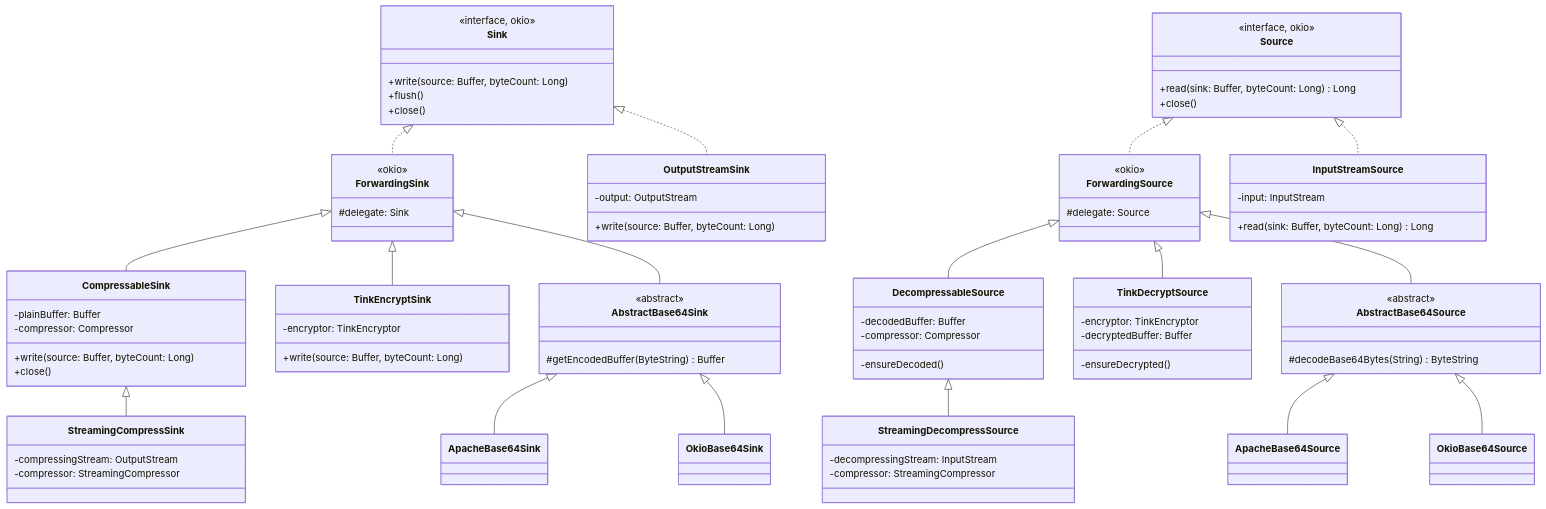
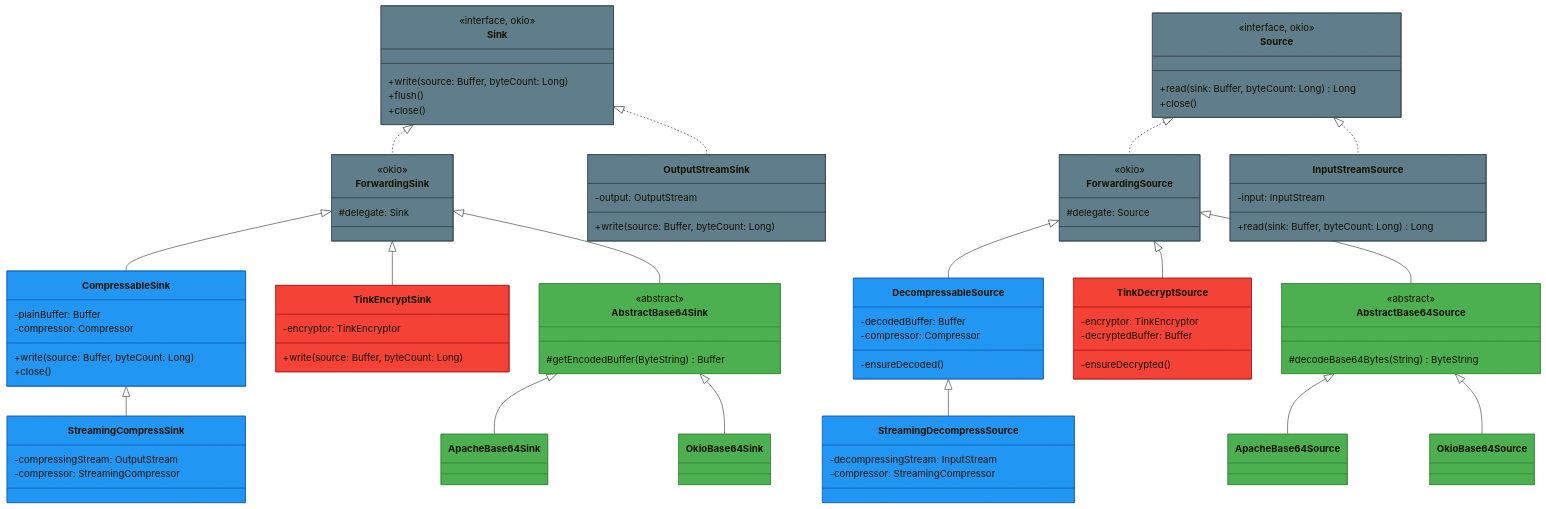
The first of 9 diagrams in io/okio/README.md (bluetape4k/bluetape4k-projects), drawn with Mermaid before and after one commit. The commit also changed other lines of this file and 74 other files, not shown here.

First line of the commit message:
docs: bluetape4k/core/coroutines/logging, io/feign~vertx README 색상 Mermaid UML 추가

````diff
--- a/io/okio/README.md
+++ b/io/okio/README.md
@@ -251,86 +251,86 @@
 ```mermaid
 classDiagram
-    class Sink {
+    class Sink:::ioStyle {
         <<interface, okio>>
         +write(source: Buffer, byteCount: Long)
         +flush()
         +close()
     }
 
-    class Source {
+    class Source:::ioStyle {
         <<interface, okio>>
         +read(sink: Buffer, byteCount: Long) Long
         +close()
     }
 
-    class ForwardingSink {
+    class ForwardingSink:::ioStyle {
         <<okio>>
         #delegate: Sink
     }
 
-    class ForwardingSource {
+    class ForwardingSource:::ioStyle {
         <<okio>>
         #delegate: Source
     }
 
-    class InputStreamSource {
+    class InputStreamSource:::ioStyle {
         -input: InputStream
         +read(sink: Buffer, byteCount: Long) Long
     }
 
-    class OutputStreamSink {
+    class OutputStreamSink:::ioStyle {
         -output: OutputStream
         +write(source: Buffer, byteCount: Long)
     }
 
-    class CompressableSink {
+    class CompressableSink:::codecStyle {
         -plainBuffer: Buffer
         -compressor: Compressor
         +write(source: Buffer, byteCount: Long)
         +close()
     }
 
-    class StreamingCompressSink {
+    class StreamingCompressSink:::codecStyle {
         -compressingStream: OutputStream
         -compressor: StreamingCompressor
     }
 
-    class DecompressableSource {
+    class DecompressableSource:::codecStyle {
         -decodedBuffer: Buffer
         -compressor: Compressor
         -ensureDecoded()
     }
 
-    class StreamingDecompressSource {
+    class StreamingDecompressSource:::codecStyle {
         -decompressingStream: InputStream
         -compressor: StreamingCompressor
     }
 
-    class TinkEncryptSink {
+    class TinkEncryptSink:::encryptStyle {
         -encryptor: TinkEncryptor
         +write(source: Buffer, byteCount: Long)
     }
 
-    class TinkDecryptSource {
+    class TinkDecryptSource:::encryptStyle {
         -encryptor: TinkEncryptor
         -decryptedBuffer: Buffer
         -ensureDecrypted()
     }
 
-    class AbstractBase64Sink {
+    class AbstractBase64Sink:::extensionStyle {
         <<abstract>>
         #getEncodedBuffer(ByteString) Buffer
     }
 
-    class AbstractBase64Source {
+    class AbstractBase64Source:::extensionStyle {
         <<abstract>>
         #decodeBase64Bytes(String) ByteString
     }
 
-    class ApacheBase64Sink
-    class OkioBase64Sink
-    class ApacheBase64Source
-    class OkioBase64Source
+    class ApacheBase64Sink:::extensionStyle
+    class OkioBase64Sink:::extensionStyle
+    class ApacheBase64Source:::extensionStyle
+    class OkioBase64Source:::extensionStyle
 
     Sink <|.. ForwardingSink
     Source <|.. ForwardingSource
@@ -351,4 +351,10 @@
     ForwardingSource <|-- AbstractBase64Source
     AbstractBase64Source <|-- ApacheBase64Source
     AbstractBase64Source <|-- OkioBase64Source
+
+    classDef ioStyle fill:#607D8B,stroke:#37474F
+    classDef codecStyle fill:#2196F3,stroke:#1565C0
+    classDef encryptStyle fill:#F44336,stroke:#B71C1C
+    classDef extensionStyle fill:#4CAF50,stroke:#388E3C
+    classDef serializerStyle fill:#FF9800,stroke:#E65100
 ```
````
